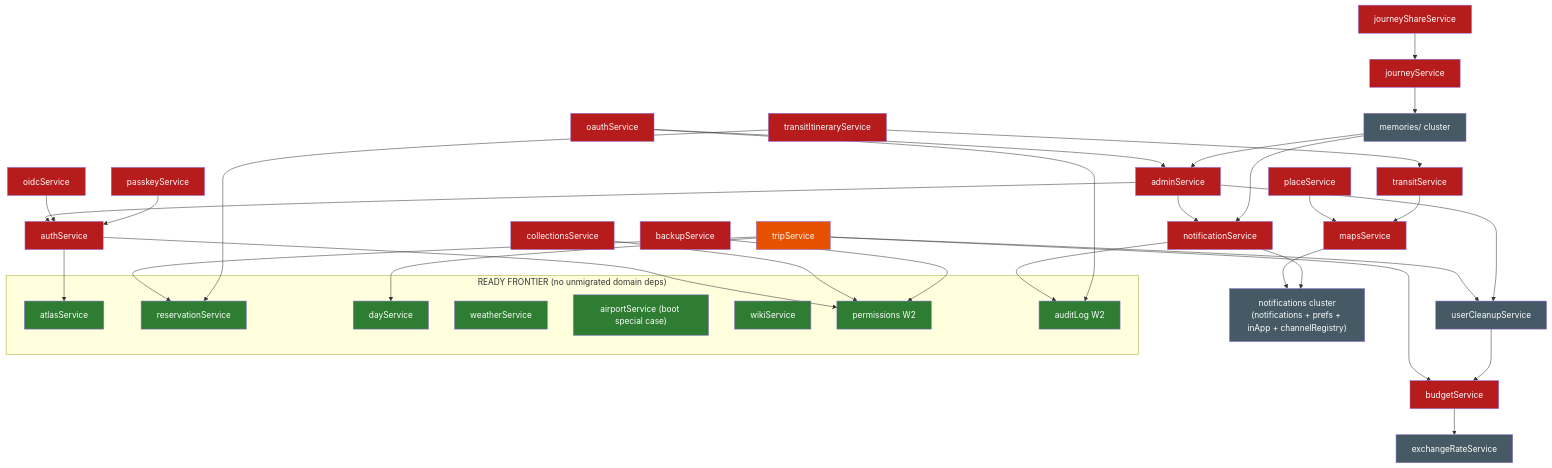
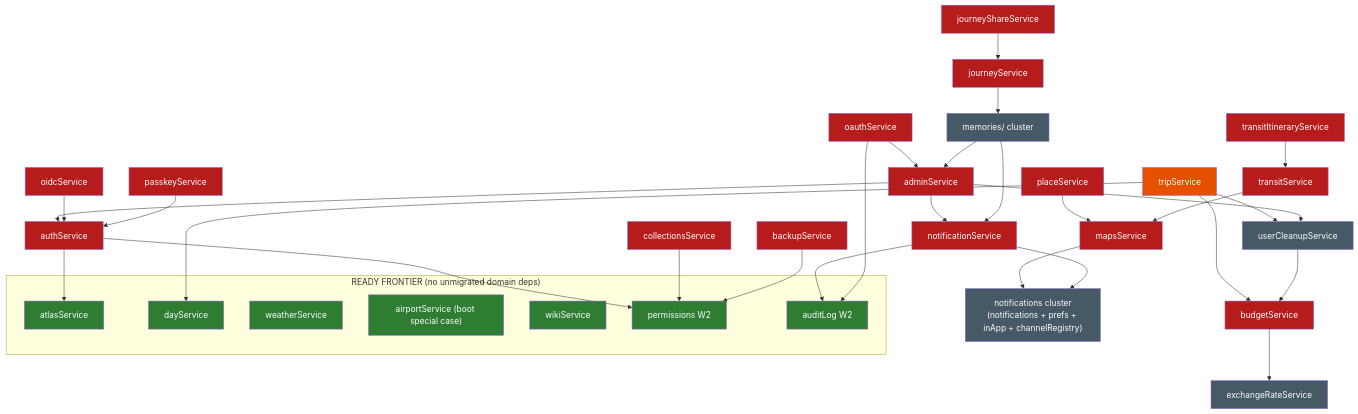
One commit to BeInLife/TREK changed the diagram in migration-graph.md. Above: the diagram before and after it, drawn with Mermaid. The commit also changed other lines of this file and 1 other file, not shown here.

First line of the commit message:
docs: tick reservationService in migrate.md and refresh the migration graph

````diff
--- a/migration-graph.md
+++ b/migration-graph.md
@@ -46,58 +47,57 @@
 ```mermaid
 flowchart TD
   classDef ready fill:#2e7d32,color:#fff
   classDef blocked fill:#b71c1c,color:#fff
   classDef hub fill:#e65100,color:#fff
   classDef infra fill:#455a64,color:#fff
 
   subgraph frontier["READY FRONTIER (no unmigrated domain deps)"]
     atlas[atlasService]:::ready
-    reserv[reservationService]:::ready
     day[dayService]:::ready
     weather[weatherService]:::ready
     airport["airportService (boot special case)"]:::ready
     wiki[wikiService]:::ready
     permissions[permissions W2]:::ready
     auditLog[auditLog W2]:::ready
   end
 
   trip[tripService]:::hub
   budget[budgetService]:::blocked
   place[placeService]:::blocked
   maps[mapsService]:::blocked
   notifSvc[notificationService]:::blocked
   transit[transitService]:::blocked
   transitItin[transitItineraryService]:::blocked
   admin[adminService]:::blocked
   auth[authService]:::blocked
   oauth[oauthService]:::blocked
   oidc[oidcService]:::blocked
   passkey[passkeyService]:::blocked
   journey[journeyService]:::blocked
   journeyShare[journeyShareService]:::blocked
   collections[collectionsService]:::blocked
   backup[backupService]:::blocked
   notifCluster["notifications cluster<br/>(notifications + prefs + inApp + channelRegistry)"]:::infra
   memories["memories/ cluster"]:::infra
   fx[exchangeRateService]:::infra
   cleanup[userCleanupService]:::infra
 
-  trip --> budget & day & reserv & cleanup
+  trip --> budget & day & cleanup
   budget --> fx
   cleanup --> budget
   place --> maps
   maps --> notifCluster
   transit --> maps
-  transitItin --> reserv & transit
+  transitItin --> transit
   notifSvc --> notifCluster & auditLog
   admin --> auth & notifSvc & cleanup
   auth --> atlas & permissions
   oauth --> admin & auditLog
   oidc --> auth
   passkey --> auth
   journey --> memories
   journeyShare --> journey
   collections --> permissions
   backup --> permissions
   memories --> notifSvc & admin
 ```
````
